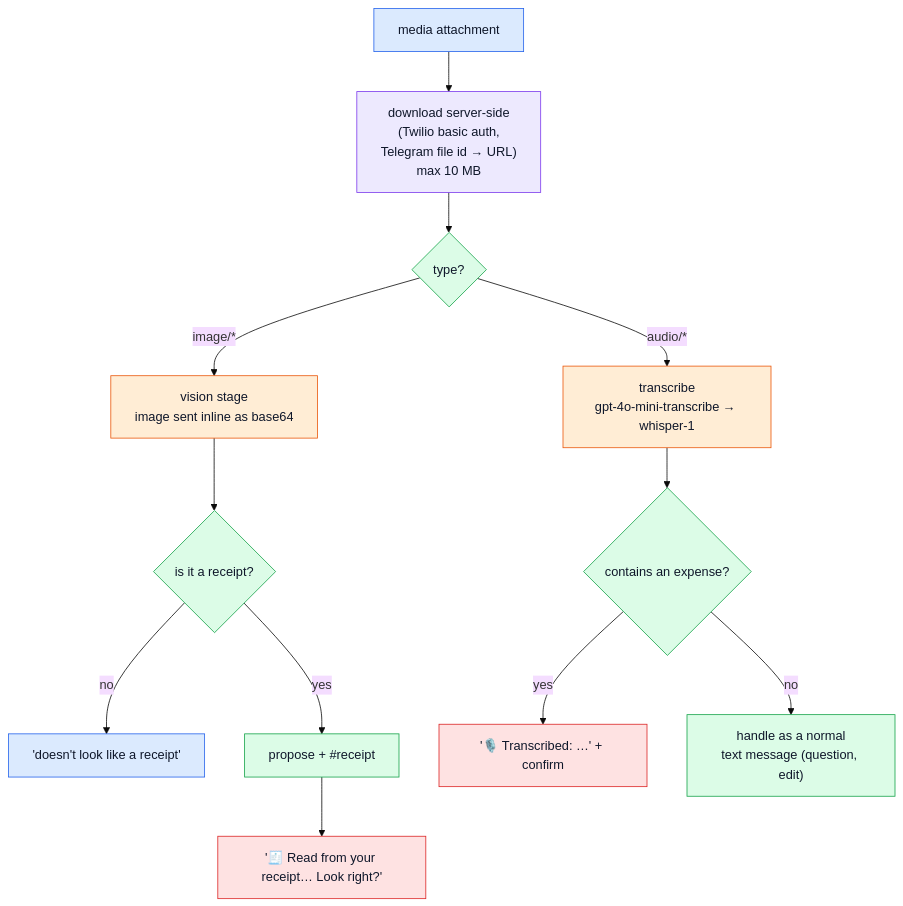
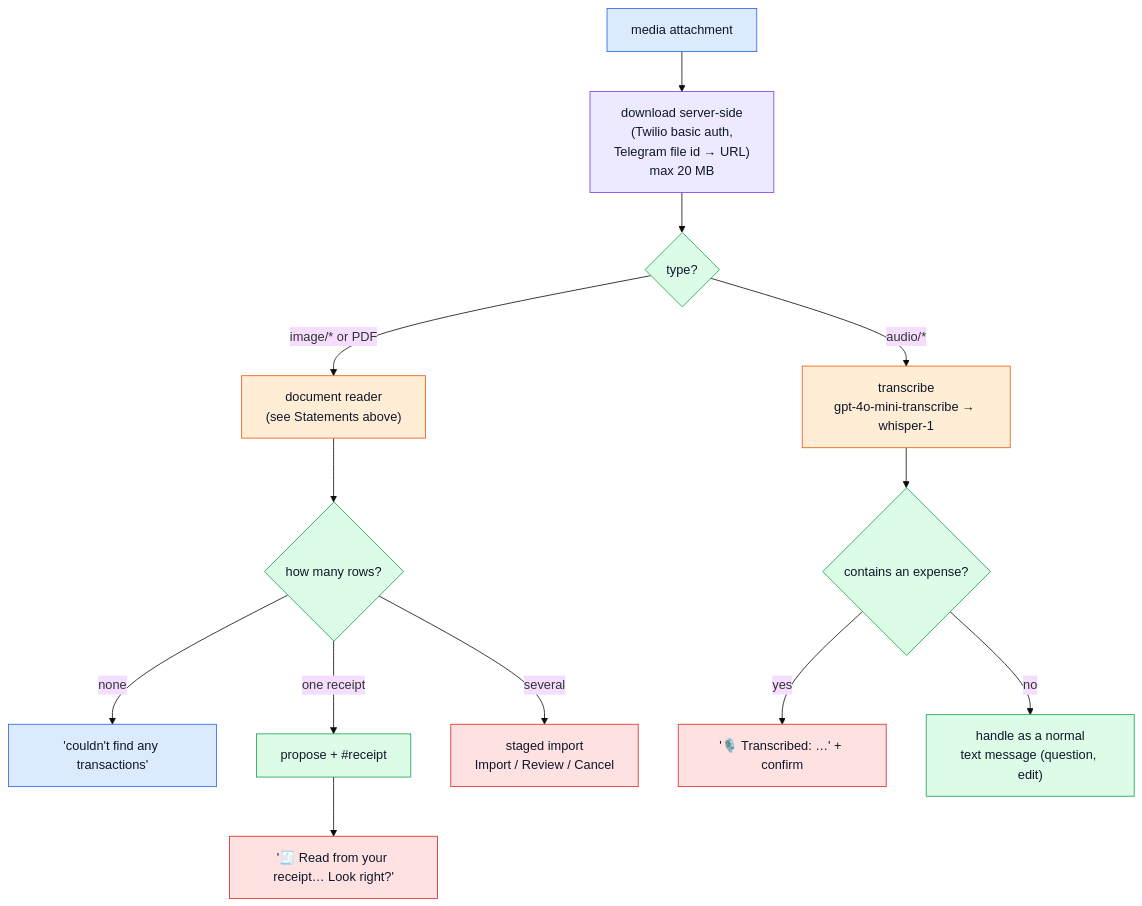
Before and after one commit to ShishirRijal/PocketAI: the fifth of 6 diagrams in docs/06-features.md, drawn with Mermaid (base theme). The commit also changed other lines of this file and 8 other files, not shown here.

````diff
--- a/docs/06-features.md
+++ b/docs/06-features.md
@@ -162,19 +163,20 @@
 ```mermaid
 flowchart TD
-  M["media attachment"]:::user --> DL["download server-side<br/>(Twilio basic auth,<br/>Telegram file id → URL)<br/>max 10 MB"]:::edge
+  M["media attachment"]:::user --> DL["download server-side<br/>(Twilio basic auth,<br/>Telegram file id → URL)<br/>max 20 MB"]:::edge
   DL --> K{"type?"}:::core
-  K -- "image/*" --> V["vision stage<br/>image sent inline as base64"]:::ai
-  V --> RC{"is it a receipt?"}:::core
-  RC -- no --> NO["'doesn't look like a receipt'"]:::user
-  RC -- yes --> P["propose + #receipt"]:::core --> ASK["'🧾 Read from your receipt… Look right?'"]:::ask
+  K -- "image/* or PDF" --> V["document reader<br/>(see Statements above)"]:::ai
+  V --> RC{"how many rows?"}:::core
+  RC -- none --> NO["'couldn't find any transactions'"]:::user
+  RC -- "one receipt" --> P["propose + #receipt"]:::core --> ASK["'🧾 Read from your receipt… Look right?'"]:::ask
+  RC -- several --> IMP["staged import<br/>Import / Review / Cancel"]:::ask
   K -- "audio/*" --> TR["transcribe<br/>gpt-4o-mini-transcribe → whisper-1"]:::ai
   TR --> X{"contains an expense?"}:::core
   X -- yes --> ASK2["'🎙️ Transcribed: …' + confirm"]:::ask
   X -- no --> ROUTE["handle as a normal<br/>text message (question, edit)"]:::core
 
   classDef user fill:#dbeafe,stroke:#2563eb,color:#0f172a
   classDef edge fill:#ede9fe,stroke:#7c3aed,color:#0f172a
   classDef core fill:#dcfce7,stroke:#16a34a,color:#0f172a
   classDef ai fill:#ffedd5,stroke:#ea580c,color:#0f172a
   classDef ask fill:#fee2e2,stroke:#dc2626,color:#0f172a
 ```
````
